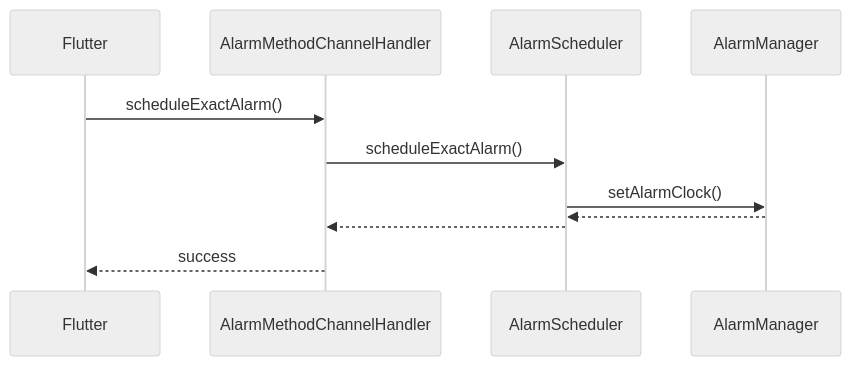
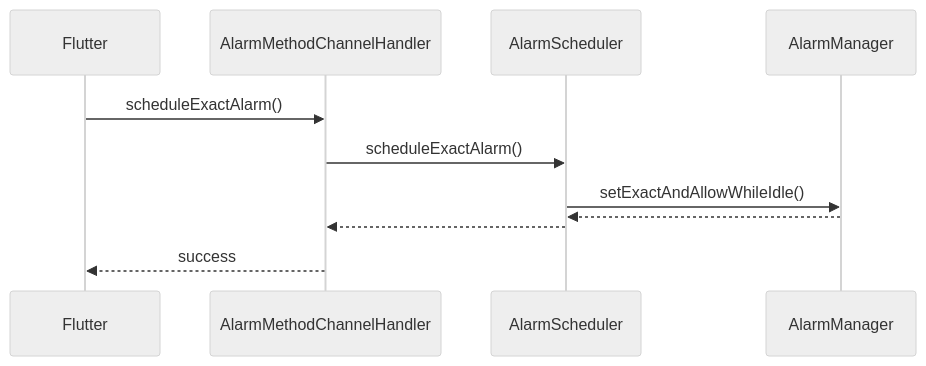
The third of 6 diagrams in docs/ANDROID_BACKGROUND_BLOCK_PRODUCTION_WORKFLOW.md (Usernode-Labs/flutter-mobile-app), drawn with Mermaid (neutral theme) before and after one commit. The commit also changed other lines of this file and 8 other files, not shown here.

Commit message:
revert exact alarm related changes

````diff
--- a/docs/ANDROID_BACKGROUND_BLOCK_PRODUCTION_WORKFLOW.md
+++ b/docs/ANDROID_BACKGROUND_BLOCK_PRODUCTION_WORKFLOW.md
@@ -105,14 +105,14 @@
 ```mermaid
 sequenceDiagram
     participant F as Flutter
     participant H as AlarmMethodChannelHandler
     participant S as AlarmScheduler
     participant M as AlarmManager
 
     F->>H: scheduleExactAlarm()
     H->>S: scheduleExactAlarm()
-    S->>M: setAlarmClock()
+    S->>M: setExactAndAllowWhileIdle()
     M-->>S:
     S-->>H:
     H-->>F: success
 ```
````
